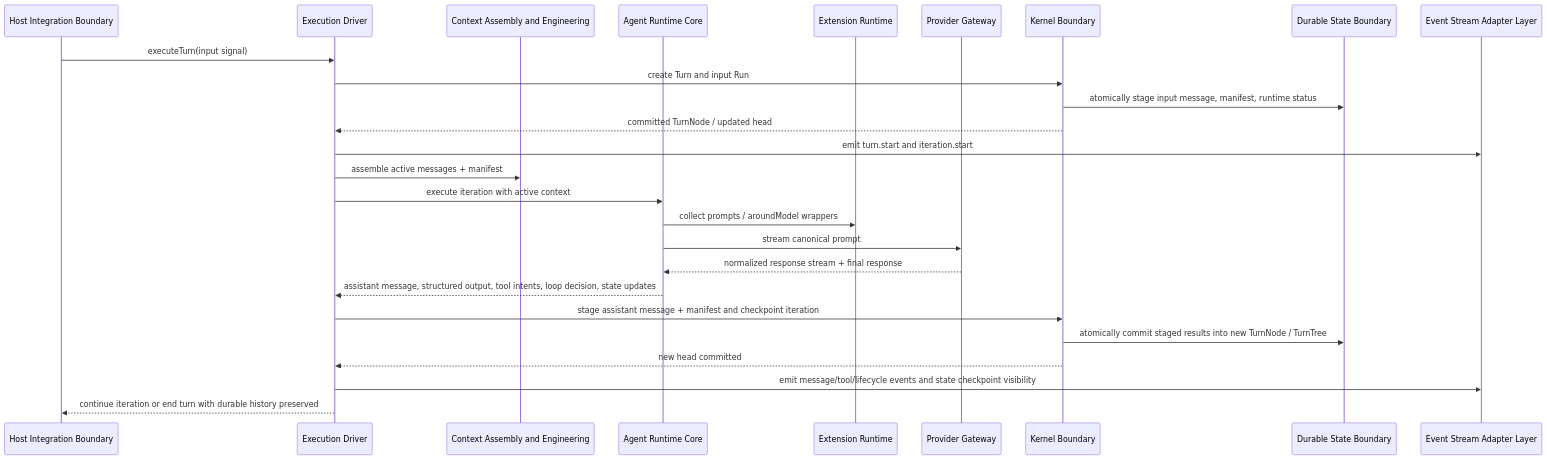
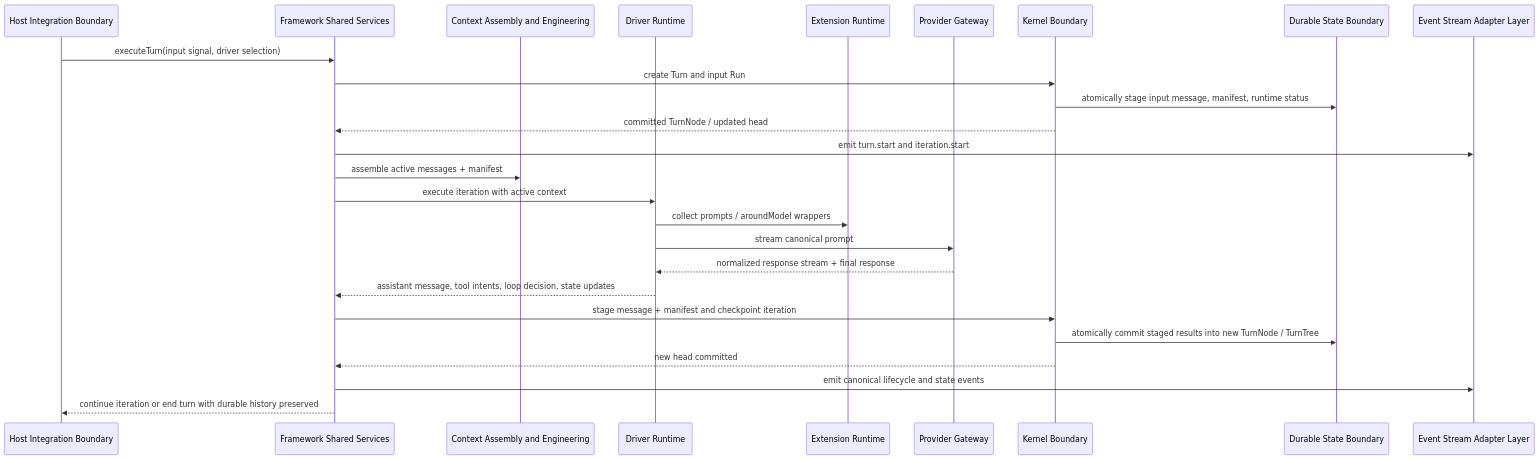
One commit to Tuvren/runtime changed the second of 5 diagrams in constitution/Architecture.md. Above: the diagram before and after it, drawn with Mermaid. The commit also changed other lines of this file and 4 other files, not shown here.

Commit message:
Reframe Kraken docs around shared framework foundations and drivers

````diff
--- a/constitution/Architecture.md
+++ b/constitution/Architecture.md
@@ -175,29 +179,29 @@
 ```mermaid
 sequenceDiagram
 participant Host as Host Integration Boundary
-participant Driver as Execution Driver
+participant Framework as Framework Shared Services
 participant Context as Context Assembly and Engineering
-participant Core as Agent Runtime Core
+participant Driver as Driver Runtime
 participant Ext as Extension Runtime
 participant Provider as Provider Gateway
 participant Kernel as Kernel Boundary
 participant State as Durable State Boundary
 participant Events as Event Stream Adapter Layer
 
-Host->>Driver: executeTurn(input signal)
-Driver->>Kernel: create Turn and input Run
+Host->>Framework: executeTurn(input signal, driver selection)
+Framework->>Kernel: create Turn and input Run
 Kernel->>State: atomically stage input message, manifest, runtime status
-Kernel-->>Driver: committed TurnNode / updated head
-Driver->>Events: emit turn.start and iteration.start
-Driver->>Context: assemble active messages + manifest
-Driver->>Core: execute iteration with active context
-Core->>Ext: collect prompts / aroundModel wrappers
-Core->>Provider: stream canonical prompt
-Provider-->>Core: normalized response stream + final response
-Core-->>Driver: assistant message, structured output, tool intents, loop decision, state updates
-Driver->>Kernel: stage assistant message + manifest and checkpoint iteration
+Kernel-->>Framework: committed TurnNode / updated head
+Framework->>Events: emit turn.start and iteration.start
+Framework->>Context: assemble active messages + manifest
+Framework->>Driver: execute iteration with active context
+Driver->>Ext: collect prompts / aroundModel wrappers
+Driver->>Provider: stream canonical prompt
+Provider-->>Driver: normalized response stream + final response
+Driver-->>Framework: assistant message, tool intents, loop decision, state updates
+Framework->>Kernel: stage message + manifest and checkpoint iteration
 Kernel->>State: atomically commit staged results into new TurnNode / TurnTree
-Kernel-->>Driver: new head committed
-Driver->>Events: emit message/tool/lifecycle events and state checkpoint visibility
-Driver-->>Host: continue iteration or end turn with durable history preserved
+Kernel-->>Framework: new head committed
+Framework->>Events: emit canonical lifecycle and state events
+Framework-->>Host: continue iteration or end turn with durable history preserved
 ```
````
